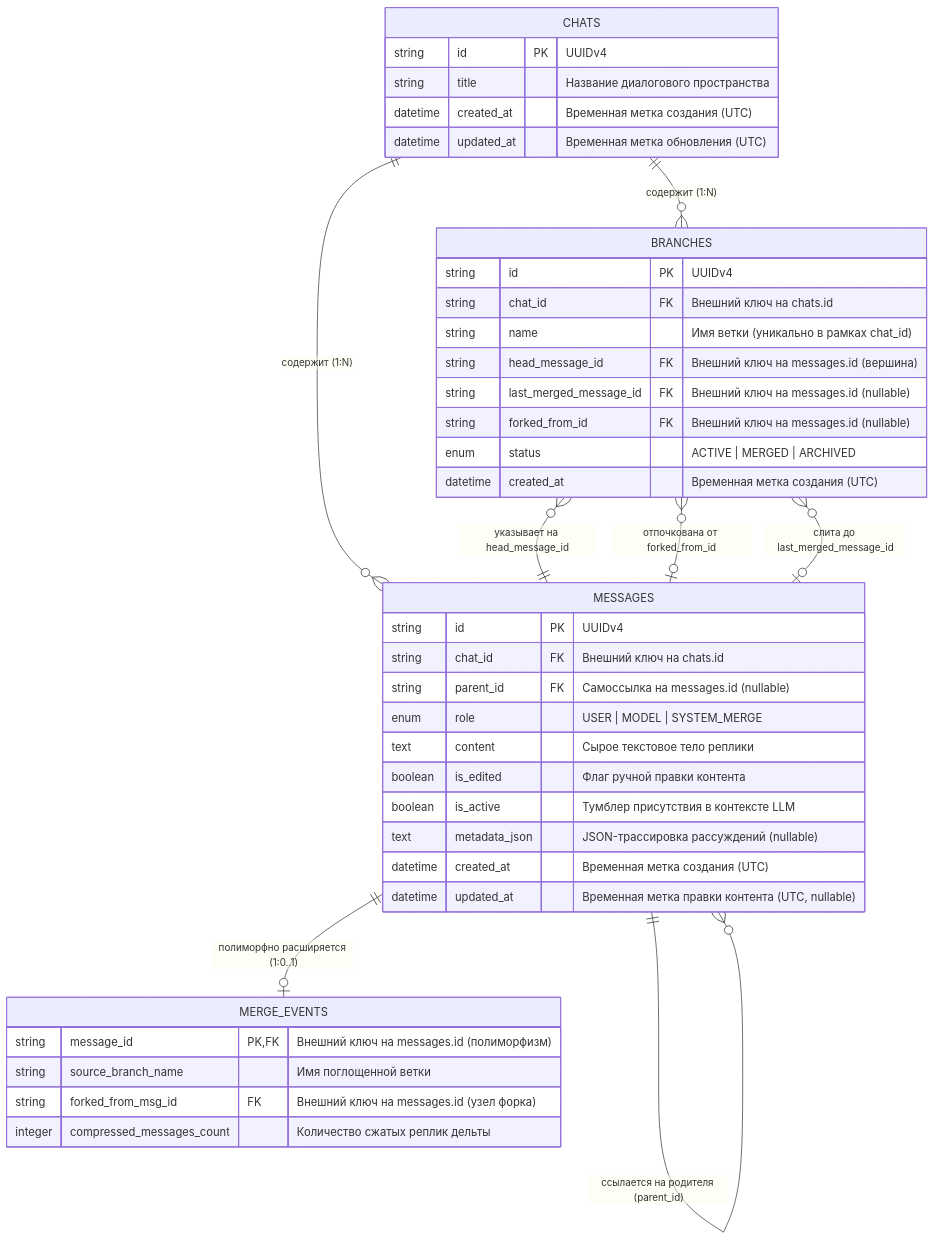
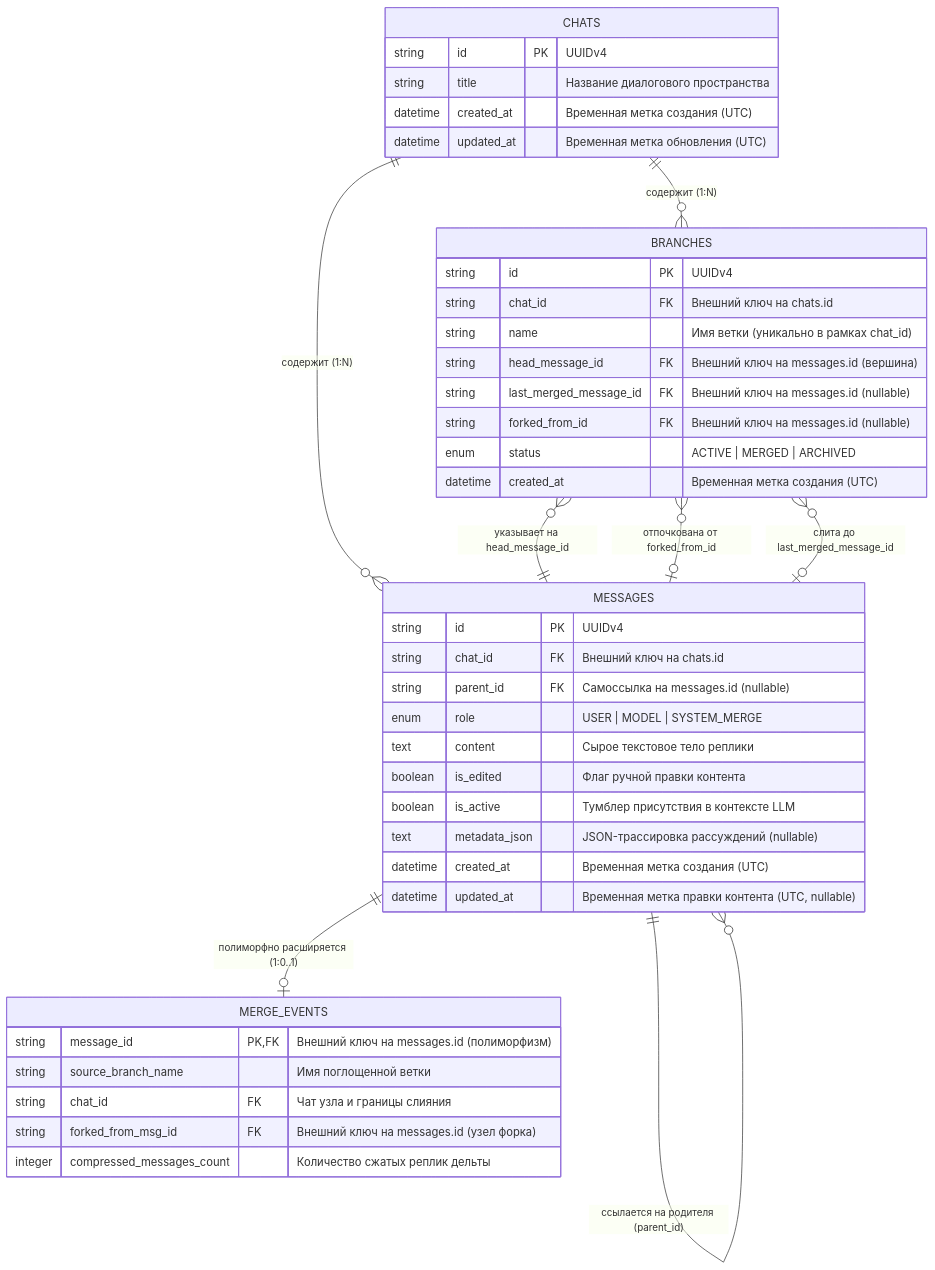
Before and after one commit to Curr3ncyV01D/exocortex: the diagram in docs/db_arcitecture.md, drawn with Mermaid. The commit also changed other lines of this file and 3 other files, not shown here.

Commit message:
docs: update architecture and spec docs with new rules and schema

````diff
--- a/docs/db_arcitecture.md
+++ b/docs/db_arcitecture.md
@@ -12,48 +12,49 @@
 ```mermaid
 erDiagram
     CHATS ||--o{ BRANCHES : "содержит (1:N)"
     CHATS ||--o{ MESSAGES : "содержит (1:N)"
     MESSAGES ||--o{ MESSAGES : "ссылается на родителя (parent_id)"
     MESSAGES ||--o| MERGE_EVENTS : "полиморфно расширяется (1:0..1)"
     BRANCHES }o--|| MESSAGES : "указывает на head_message_id"
     BRANCHES }o--o| MESSAGES : "отпочкована от forked_from_id"
     BRANCHES }o--o| MESSAGES : "слита до last_merged_message_id"
 
     CHATS {
         string id PK "UUIDv4"
         string title "Название диалогового пространства"
         datetime created_at "Временная метка создания (UTC)"
         datetime updated_at "Временная метка обновления (UTC)"
     }
 
     BRANCHES {
         string id PK "UUIDv4"
         string chat_id FK "Внешний ключ на chats.id"
         string name "Имя ветки (уникально в рамках chat_id)"
         string head_message_id FK "Внешний ключ на messages.id (вершина)"
         string last_merged_message_id FK "Внешний ключ на messages.id (nullable)"
         string forked_from_id FK "Внешний ключ на messages.id (nullable)"
         enum status "ACTIVE | MERGED | ARCHIVED"
         datetime created_at "Временная метка создания (UTC)"
     }
 
     MESSAGES {
         string id PK "UUIDv4"
         string chat_id FK "Внешний ключ на chats.id"
         string parent_id FK "Самоссылка на messages.id (nullable)"
         enum role "USER | MODEL | SYSTEM_MERGE"
         text content "Сырое текстовое тело реплики"
         boolean is_edited "Флаг ручной правки контента"
         boolean is_active "Тумблер присутствия в контексте LLM"
         text metadata_json "JSON-трассировка рассуждений (nullable)"
         datetime created_at "Временная метка создания (UTC)"
         datetime updated_at "Временная метка правки контента (UTC, nullable)"
     }
 
     MERGE_EVENTS {
         string message_id PK, FK "Внешний ключ на messages.id (полиморфизм)"
         string source_branch_name "Имя поглощенной ветки"
+        string chat_id FK "Чат узла и границы слияния"
         string forked_from_msg_id FK "Внешний ключ на messages.id (узел форка)"
         integer compressed_messages_count "Количество сжатых реплик дельты"
     }
 ```
````
